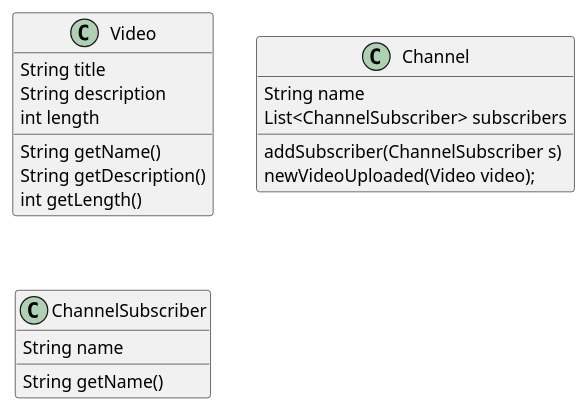
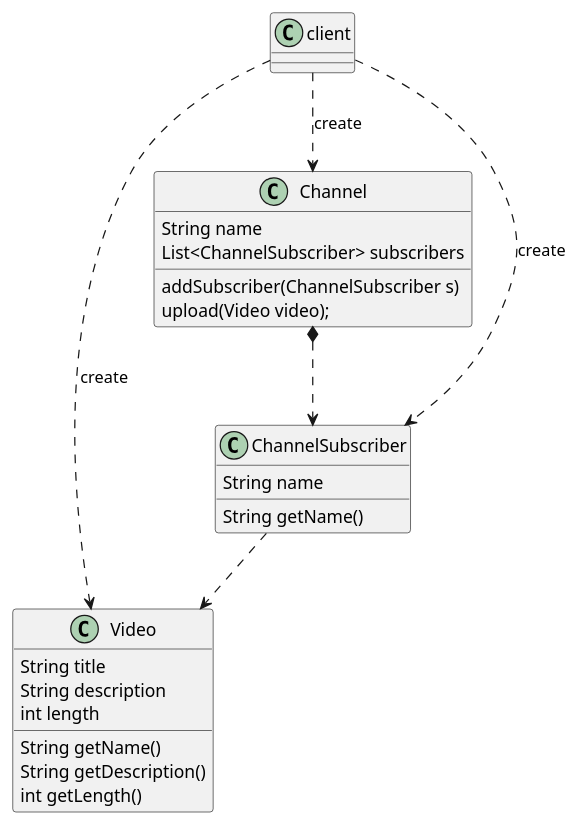
The diagram in youtube-channel/OOA.puml (lancehuang58/ooad), drawn with PlantUML before and after one commit. The commit also changed 8 other files, not shown here.

```diff
--- a/youtube-channel/OOA.puml
+++ b/youtube-channel/OOA.puml
@@ -1,24 +1,32 @@
 @startuml
+
+class client{
+
+}
 
 class Video{
 String title
 String description
 int length
 
 String getName()
 String getDescription()
 int getLength()
 }
 
 class Channel{
     String name
     List<ChannelSubscriber> subscribers
     addSubscriber(ChannelSubscriber s)
-    newVideoUploaded(Video video);
+    upload(Video video);
 }
 class ChannelSubscriber{
     String name
     String getName()
 }
-
+client ..> Video:create
+client ..> ChannelSubscriber: create
+client ..> Channel: create
+Channel *..> ChannelSubscriber
+ChannelSubscriber ..> Video
 @enduml
```
